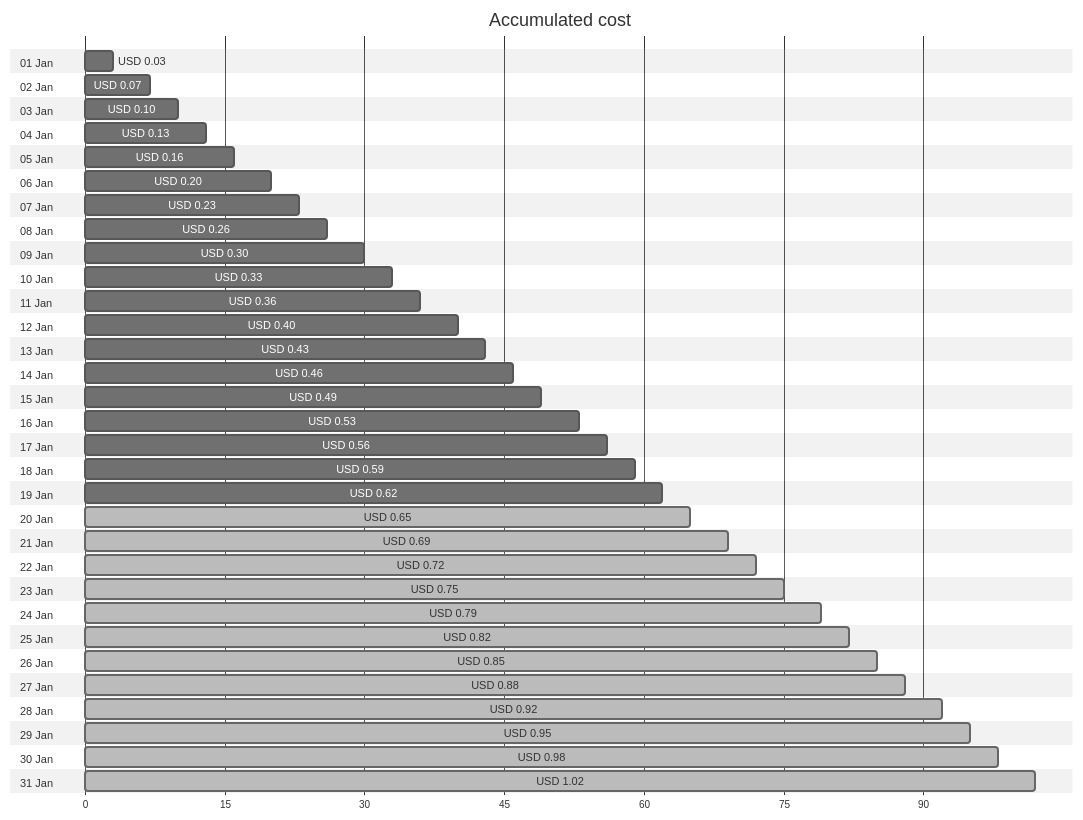
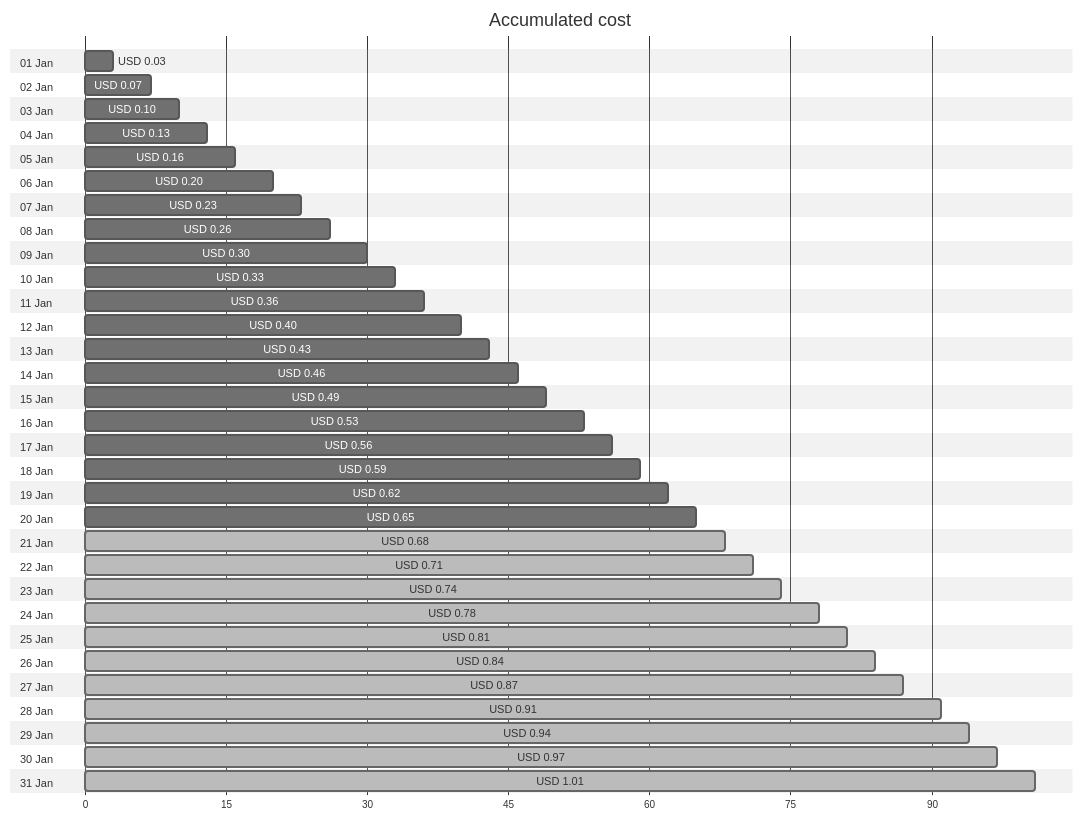
Before and after one commit to jpfulton/azure-personal-reports: the first of 4 diagrams in cost-reports/personal-dns/README.md, drawn with Mermaid (neutral theme). The commit also changed other lines of this file and 2 other files, not shown here.

Commit message:
Generated reports [skip ci]

````diff
--- a/cost-reports/personal-dns/README.md
+++ b/cost-reports/personal-dns/README.md
@@ -20,68 +20,68 @@
 ```mermaid
 gantt
    title Accumulated cost
    dateFormat  X
    axisFormat %s
    section 01 Jan
    USD 0.03 :0, 3
    section 02 Jan
    USD 0.07 :0, 7
    section 03 Jan
    USD 0.10 :0, 10
    section 04 Jan
    USD 0.13 :0, 13
    section 05 Jan
    USD 0.16 :0, 16
    section 06 Jan
    USD 0.20 :0, 20
    section 07 Jan
    USD 0.23 :0, 23
    section 08 Jan
    USD 0.26 :0, 26
    section 09 Jan
    USD 0.30 :0, 30
    section 10 Jan
    USD 0.33 :0, 33
    section 11 Jan
    USD 0.36 :0, 36
    section 12 Jan
    USD 0.40 :0, 40
    section 13 Jan
    USD 0.43 :0, 43
    section 14 Jan
    USD 0.46 :0, 46
    section 15 Jan
    USD 0.49 :0, 49
    section 16 Jan
    USD 0.53 :0, 53
    section 17 Jan
    USD 0.56 :0, 56
    section 18 Jan
    USD 0.59 :0, 59
    section 19 Jan
    USD 0.62 :0, 62
    section 20 Jan
-   USD 0.65 : done, 0, 65
+   USD 0.65 :0, 65
    section 21 Jan
-   USD 0.69 : done, 0, 69
+   USD 0.68 : done, 0, 68
    section 22 Jan
-   USD 0.72 : done, 0, 72
+   USD 0.71 : done, 0, 71
    section 23 Jan
-   USD 0.75 : done, 0, 75
+   USD 0.74 : done, 0, 74
    section 24 Jan
-   USD 0.79 : done, 0, 79
+   USD 0.78 : done, 0, 78
    section 25 Jan
-   USD 0.82 : done, 0, 82
+   USD 0.81 : done, 0, 81
    section 26 Jan
-   USD 0.85 : done, 0, 85
+   USD 0.84 : done, 0, 84
    section 27 Jan
-   USD 0.88 : done, 0, 88
+   USD 0.87 : done, 0, 87
    section 28 Jan
-   USD 0.92 : done, 0, 92
+   USD 0.91 : done, 0, 91
    section 29 Jan
-   USD 0.95 : done, 0, 95
+   USD 0.94 : done, 0, 94
    section 30 Jan
-   USD 0.98 : done, 0, 98
+   USD 0.97 : done, 0, 97
    section 31 Jan
-   USD 1.02 : done, 0, 102
+   USD 1.01 : done, 0, 101
 ```
````
